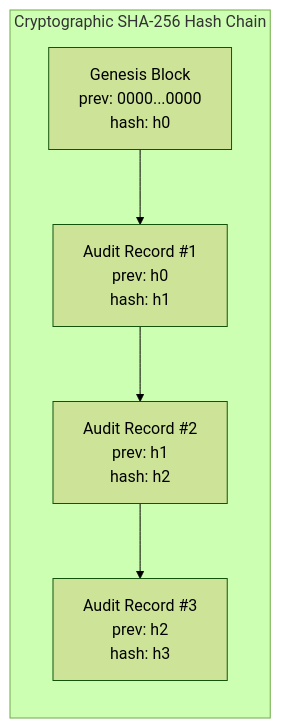
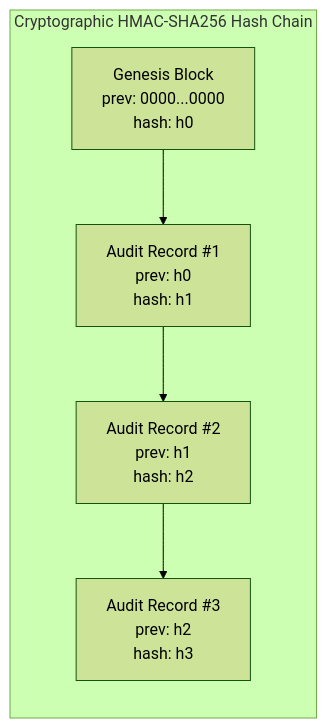
The fourth of 5 diagrams in ARCHITECTURE.md (rishumohammed/wello), drawn with Mermaid (forest theme) before and after one commit. The commit also changed other lines of this file and 149 other files, not shown here.

````diff
--- a/ARCHITECTURE.md
+++ b/ARCHITECTURE.md
@@ -203,8 +256,8 @@
 ```mermaid
 graph LR
-    subgraph Audit_Chain ["Cryptographic SHA-256 Hash Chain"]
+    subgraph Audit_Chain ["Cryptographic HMAC-SHA256 Hash Chain"]
         B0["Genesis Block<br/>prev: 0000...0000<br/>hash: h0"] --> B1["Audit Record #1<br/>prev: h0<br/>hash: h1"]
         B1 --> B2["Audit Record #2<br/>prev: h1<br/>hash: h2"]
         B2 --> B3["Audit Record #3<br/>prev: h2<br/>hash: h3"]
     end
 ```
````
